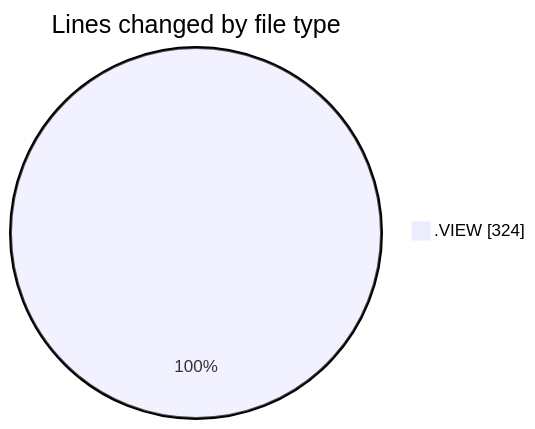
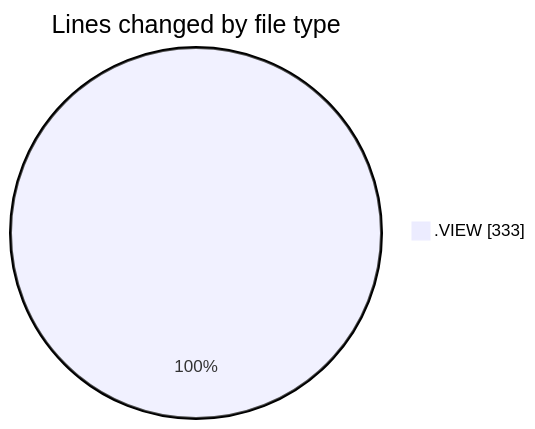
One commit to ricardozamudiocil/code-tracking changed the first of 2 diagrams in 2026-03-13/objetosbd/README.md. Above: the diagram before and after it, drawn with Mermaid. The commit also changed other lines of this file and 1 other file, not shown here.

````diff
--- a/2026-03-13/objetosbd/README.md
+++ b/2026-03-13/objetosbd/README.md
@@ -22,5 +22,5 @@
 ```mermaid
 pie showData
 title Lines changed by file type
-".VIEW" : 324
+".VIEW" : 333
 ```
````
